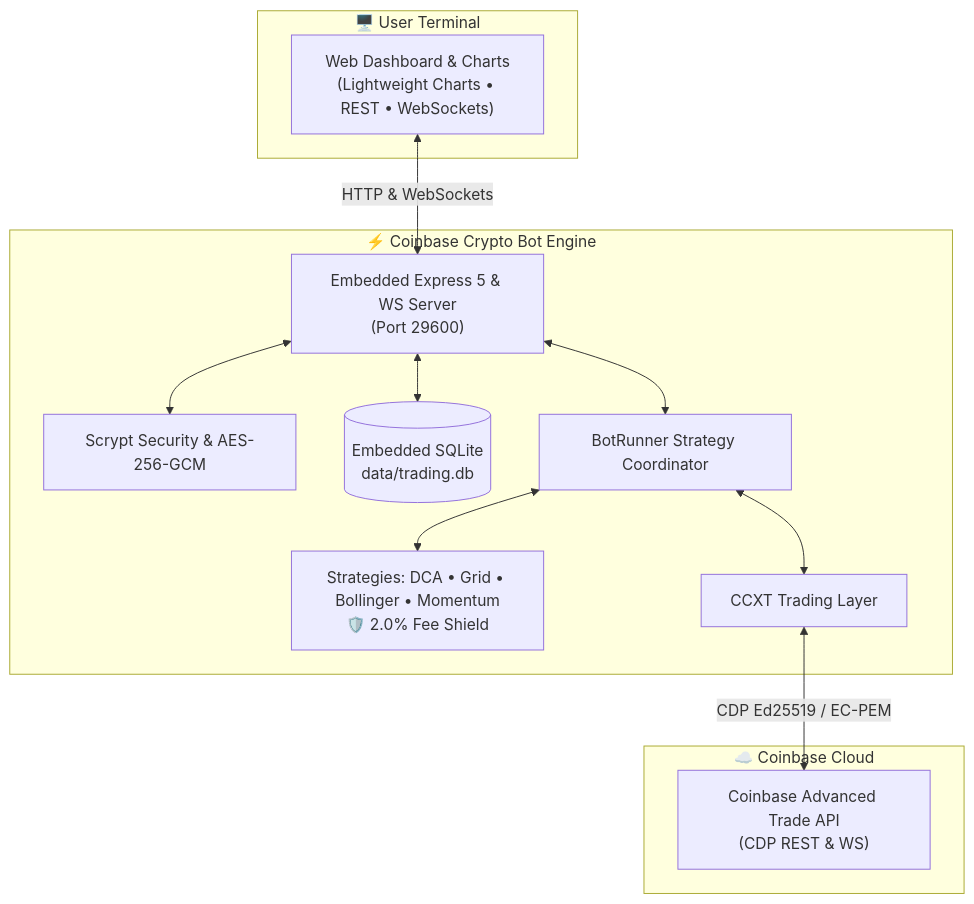
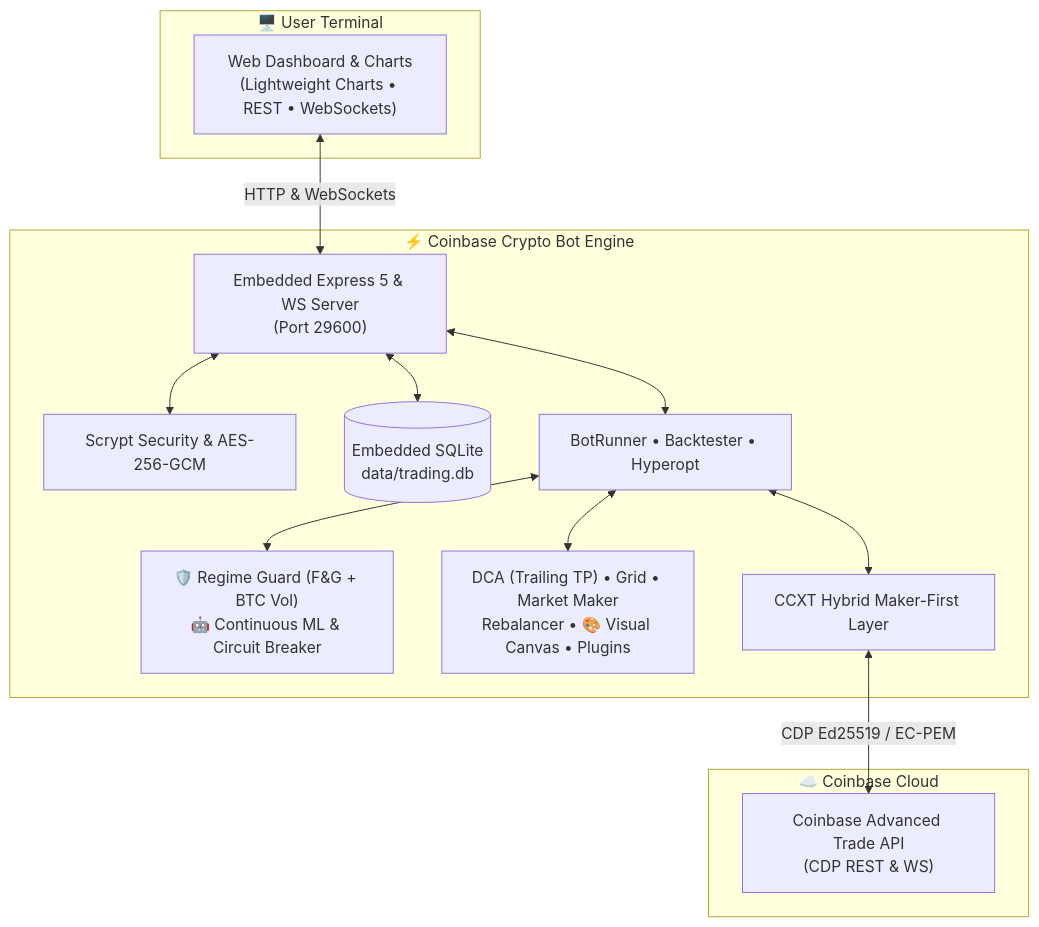
One commit to ripsnortntear/Coinbase_Crypto_Bot changed the diagram in README.md. Above: the diagram before and after it, drawn with Mermaid. The commit also changed other lines of this file, not shown here.

Commit message:
Update README for v1.1.0 features, CI badge, Backtester, Hyperopt, ML & Canvas

````diff
--- a/README.md
+++ b/README.md
@@ -43,27 +44,29 @@
 ```mermaid
 flowchart TD
     subgraph Client["🖥️ User Terminal"]
         UI["Web Dashboard & Charts<br/>(Lightweight Charts • REST • WebSockets)"]
     end
 
     subgraph Host["⚡ Coinbase Crypto Bot Engine"]
         SVR["Embedded Express 5 & WS Server<br/>(Port 29600)"]
         AUTH["Scrypt Security & AES-256-GCM"]
         DB[("Embedded SQLite<br/>data/trading.db")]
-        RUNNER["BotRunner Strategy Coordinator"]
-        STRAT["Strategies: DCA • Grid • Bollinger • Momentum<br/>🛡️ 2.0% Fee Shield"]
-        CCXT["CCXT Trading Layer"]
+        GUARD["🛡️ Regime Guard (F&G + BTC Vol)<br/>🤖 Continuous ML & Circuit Breaker"]
+        RUNNER["BotRunner • Backtester • Hyperopt"]
+        STRAT["DCA (Trailing TP) • Grid • Market Maker<br/>Rebalancer • 🎨 Visual Canvas • Plugins"]
+        CCXT["CCXT Hybrid Maker-First Layer"]
     end
 
     subgraph Coinbase["☁️ Coinbase Cloud"]
         CB["Coinbase Advanced Trade API<br/>(CDP REST & WS)"]
     end
 
     UI <-->|"HTTP & WebSockets"| SVR
     SVR <--> AUTH
     SVR <--> DB
     SVR <--> RUNNER
+    RUNNER <--> GUARD
     RUNNER <--> STRAT
     RUNNER <--> CCXT
     CCXT <-->|"CDP Ed25519 / EC-PEM"| CB
 ```
````
